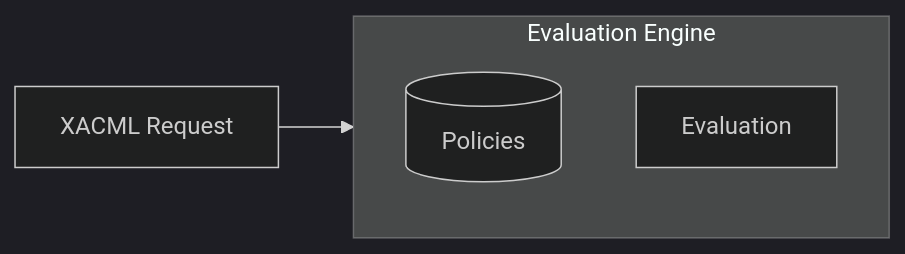
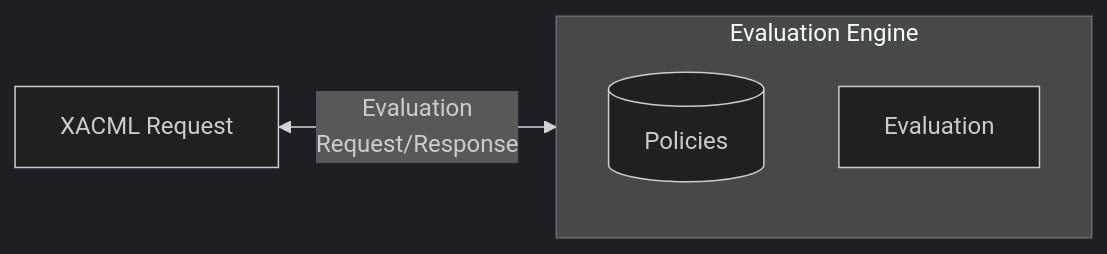
One commit to timmo-nhn/XcaDocumentSource changed the second of 3 diagrams in Docs/AccessControl.md. Above: the diagram before and after it, drawn with Mermaid. The commit also changed other lines of this file and 70 other files, not shown here.

````diff
--- a/Docs/AccessControl.md
+++ b/Docs/AccessControl.md
@@ -53,13 +53,13 @@
 ```mermaid
 %%{init: {'theme':'dark'}}%%
 flowchart LR
 
 subgraph "Evaluation Engine"
   direction TB
   pol[(&emsp;Policies&emsp;)]
   eval[Evaluation]
 end
 
 req[XACML Request]
-req-->eval
+req<--Evaluation<br>Request/Response-->eval
 ```
````
